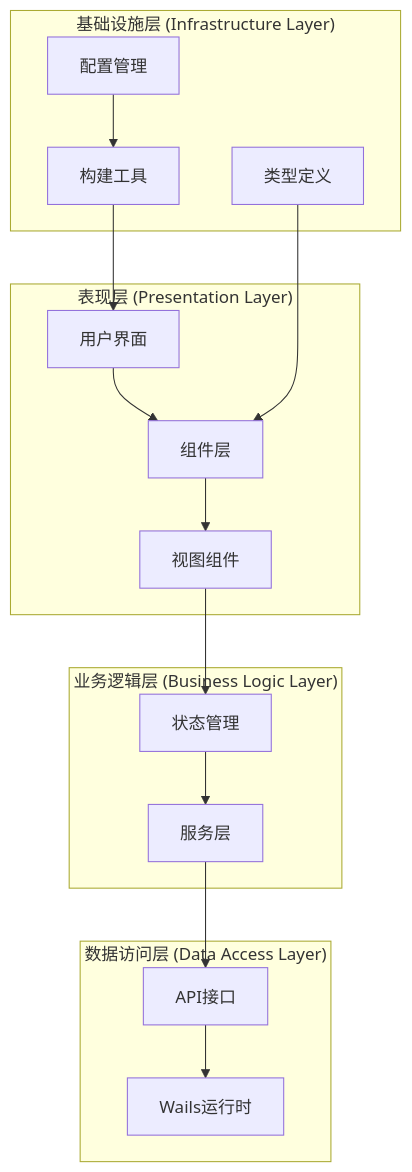
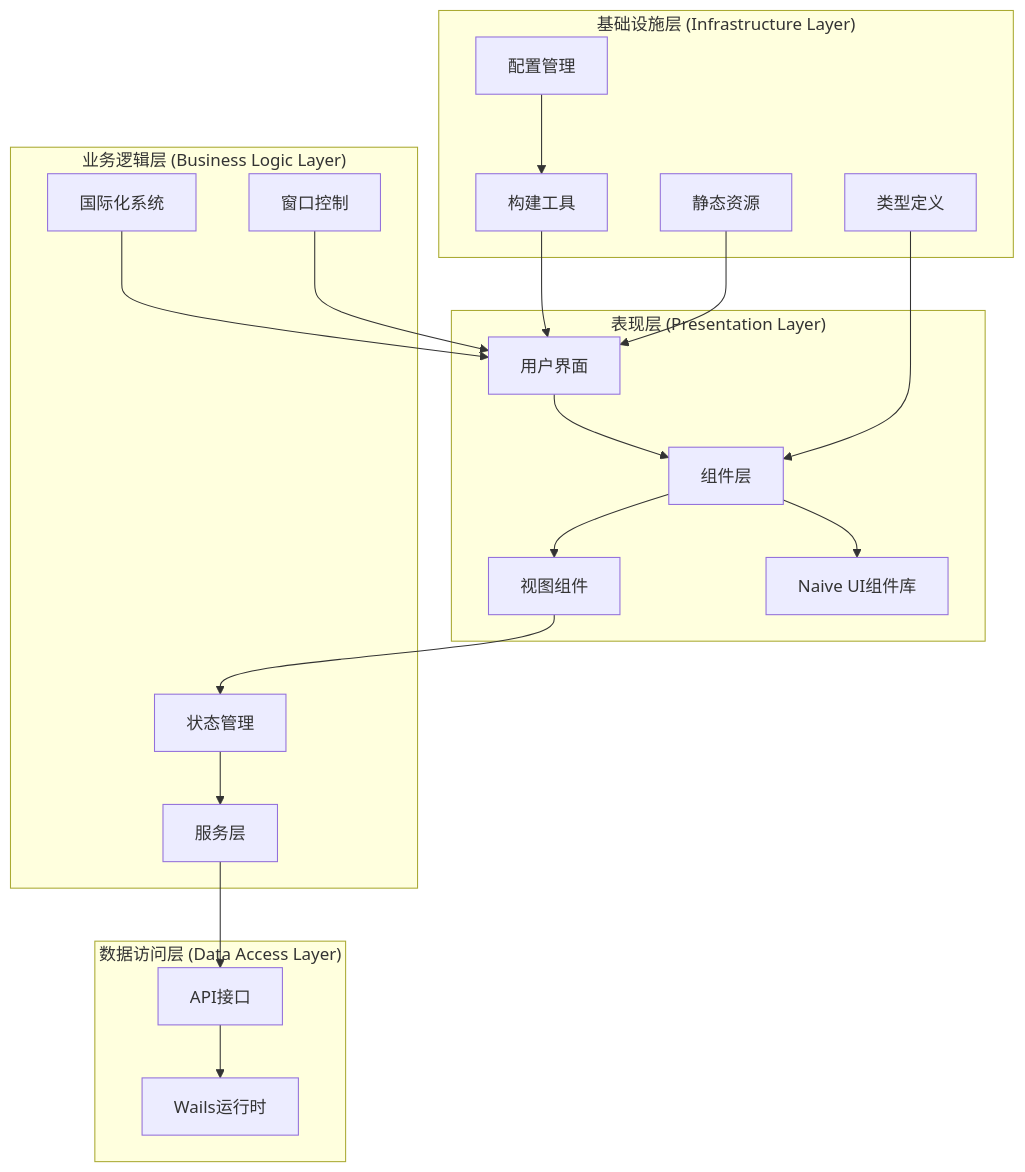
Before and after one commit to itsharex/NexTunnel: the fourth of 15 diagrams in .qoder/repowiki/zh/content/架构设计/桌面端架构设计/前端架构设计/前端架构设计.md, drawn with Mermaid. The commit also changed other lines of this file and 41 other files, not shown here.

````diff
--- a/.qoder/repowiki/zh/content/架构设计/桌面端架构设计/前端架构设计/前端架构设计.md
+++ b/.qoder/repowiki/zh/content/架构设计/桌面端架构设计/前端架构设计/前端架构设计.md
@@ -181,30 +237,38 @@
 ```mermaid
 graph TB
 subgraph "表现层 (Presentation Layer)"
 UI[用户界面]
 Components[组件层]
 Views[视图组件]
+NaiveUI[Naive UI组件库]
 end
 subgraph "业务逻辑层 (Business Logic Layer)"
 Store[状态管理]
 Services[服务层]
+I18n[国际化系统]
+Window[窗口控制]
 end
 subgraph "数据访问层 (Data Access Layer)"
 API[API接口]
 Wails[Wails运行时]
 end
 subgraph "基础设施层 (Infrastructure Layer)"
 Build[构建工具]
 Config[配置管理]
 Types[类型定义]
+Assets[静态资源]
 end
 UI --> Components
 Components --> Views
+Components --> NaiveUI
 Views --> Store
 Store --> Services
 Services --> API
 API --> Wails
+I18n --> UI
+Window --> UI
 Build --> UI
 Config --> Build
 Types --> Components
+Assets --> UI
 ```
````
